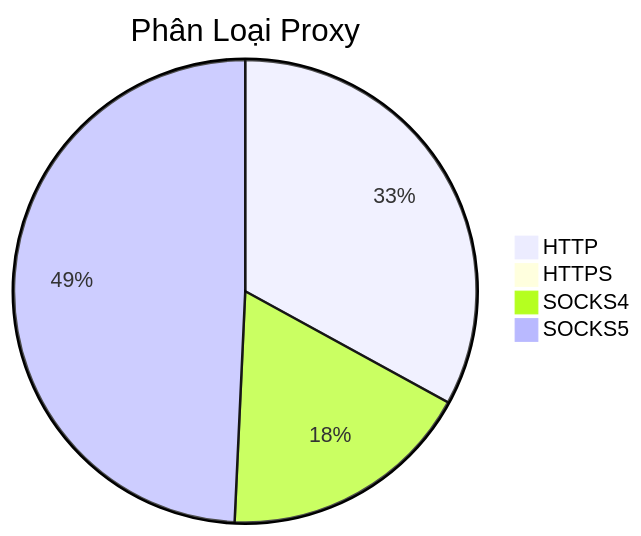
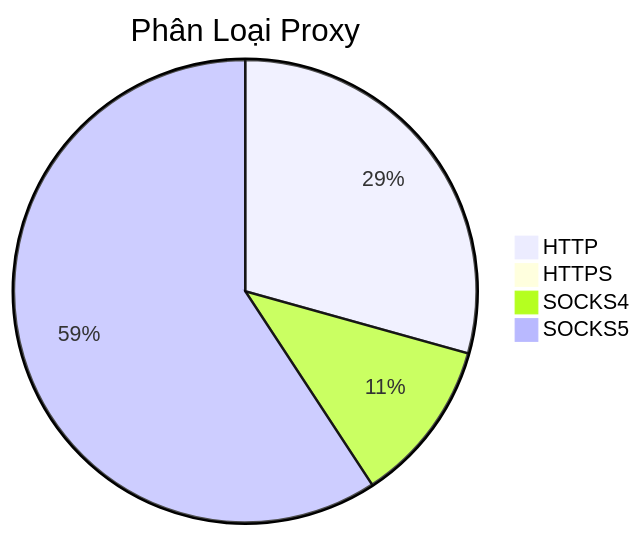
One commit to Ciara-Aa/PROXY-free changed the diagram in README.md. Above: the diagram before and after it, drawn with Mermaid. The commit also changed other lines of this file and 4 other files, not shown here.

````diff
--- a/README.md
+++ b/README.md
@@ -26,7 +26,7 @@
 ```mermaid
 pie title Phân Loại Proxy
-    "HTTP" : 405
-    "HTTPS" : 5
-    "SOCKS4" : 218
-    "SOCKS5" : 605
+    "HTTP" : 454
+    "HTTPS" : 4
+    "SOCKS4" : 177
+    "SOCKS5" : 917
 ```
````
